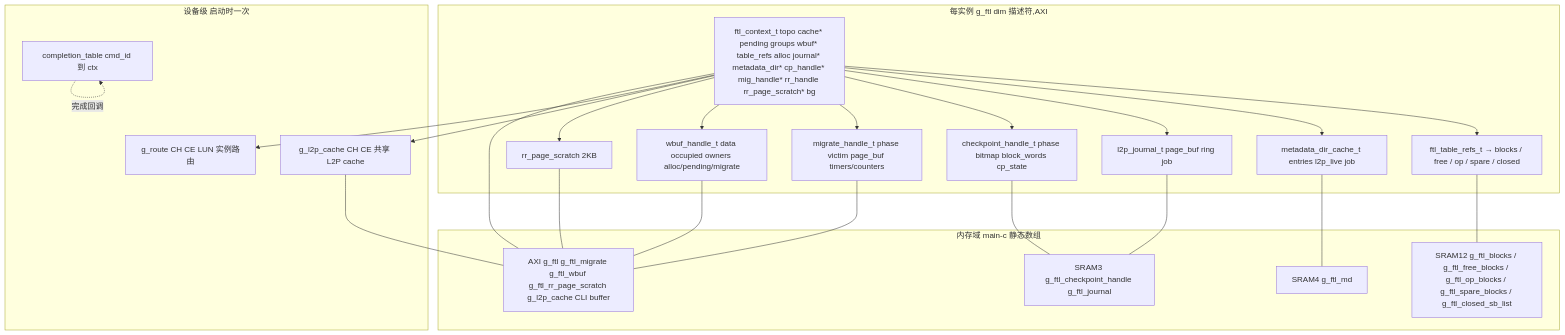
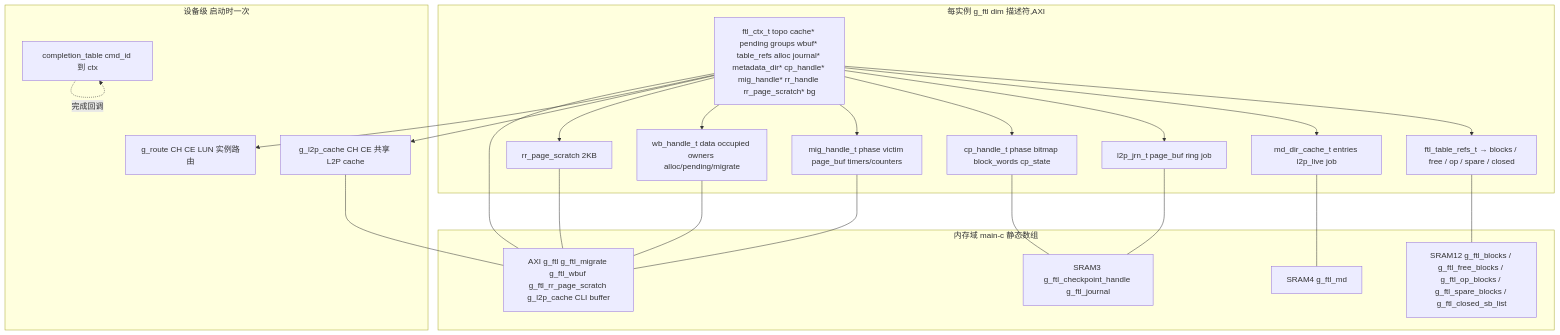
Before and after one commit to YzYMIAO/BASESSD: diagram 32 of 32 in docs/design/ftl_design.md, drawn with Mermaid. The commit also changed other lines of this file and 136 other files, not shown here.

````diff
--- a/docs/design/ftl_design.md
+++ b/docs/design/ftl_design.md
@@ -3980,46 +4113,46 @@
 ```mermaid
 flowchart TB
     subgraph "设备级 启动时一次"
         ROUTE["g_route CH CE LUN 实例路由"]
         CT["completion_table cmd_id 到 ctx"]
         LC["g_l2p_cache CH CE 共享 L2P cache"]
     end
 
     subgraph "每实例 g_ftl dim 描述符,AXI"
-        CTX["ftl_context_t topo cache* pending groups wbuf* table_refs alloc journal* metadata_dir* cp_handle* mig_handle* rr_handle rr_page_scratch* bg"]
+        CTX["ftl_ctx_t topo cache* pending groups wbuf* table_refs alloc journal* metadata_dir* cp_handle* mig_handle* rr_handle rr_page_scratch* bg"]
         TAB["ftl_table_refs_t → blocks / free / op / spare / closed"]
-        MD["metadata_dir_cache_t entries l2p_live job"]
-        JRN["l2p_journal_t page_buf ring job"]
-        CPJ["checkpoint_handle_t phase bitmap block_words cp_state"]
-        MIG["migrate_handle_t phase victim page_buf timers/counters"]
-        WB["wbuf_handle_t data occupied owners alloc/pending/migrate"]
+        MD["md_dir_cache_t entries l2p_live job"]
+        JRN["l2p_jrn_t page_buf ring job"]
+        CPJ["cp_handle_t phase bitmap block_words cp_state"]
+        MIG["mig_handle_t phase victim page_buf timers/counters"]
+        WB["wb_handle_t data occupied owners alloc/pending/migrate"]
         RRS["rr_page_scratch 2KB"]
     end
 
     subgraph "内存域 main-c 静态数组"
         D12["SRAM12 g_ftl_blocks / g_ftl_free_blocks / g_ftl_op_blocks / g_ftl_spare_blocks / g_ftl_closed_sb_list"]
         D3["SRAM3 g_ftl_checkpoint_handle g_ftl_journal"]
         D4["SRAM4 g_ftl_md"]
         AX["AXI g_ftl g_ftl_migrate g_ftl_wbuf g_ftl_rr_page_scratch g_l2p_cache CLI buffer"]
     end
 
     CTX --> TAB
     CTX --> MD
     CTX --> JRN
     CTX --> CPJ
     CTX --> MIG
     CTX --> WB
     CTX --> RRS
     CTX --> LC
     CTX --> ROUTE
     CT -.->|完成回调| CT
     TAB --- D12
     CPJ --- D3
     JRN --- D3
     MD --- D4
     MIG --- AX
     WB --- AX
     RRS --- AX
     CTX --- AX
     LC --- AX
 ```
````
